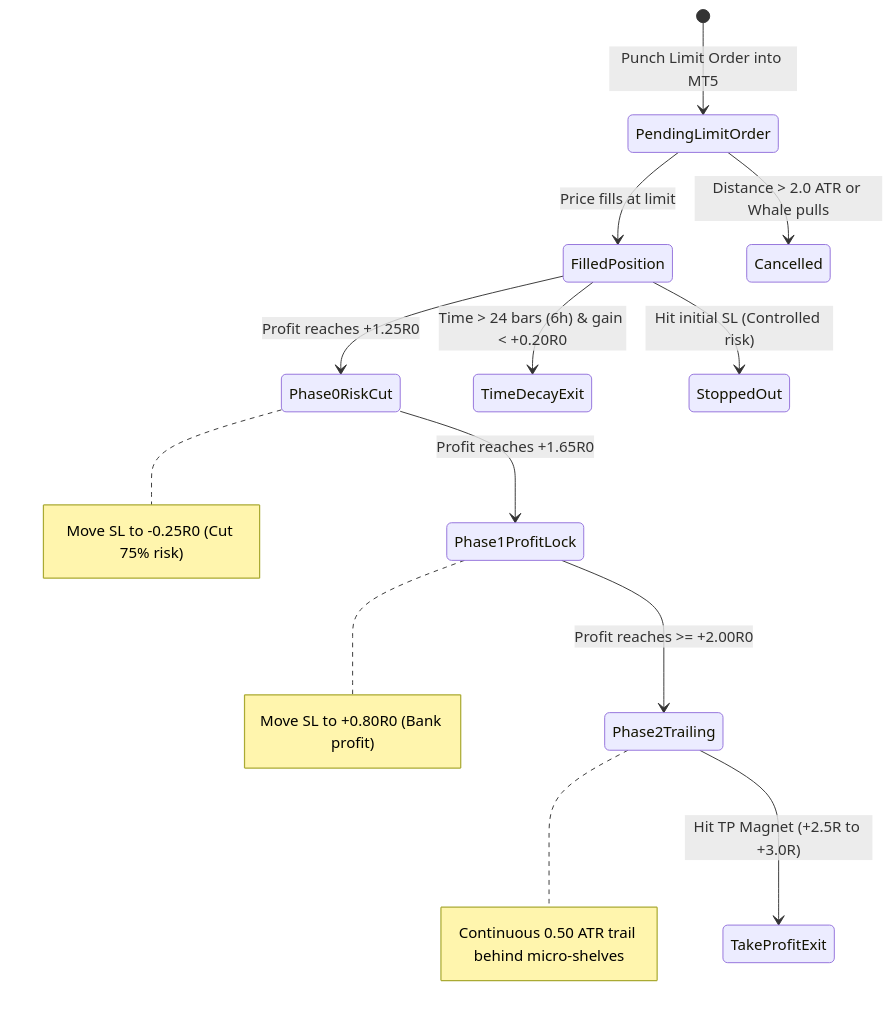
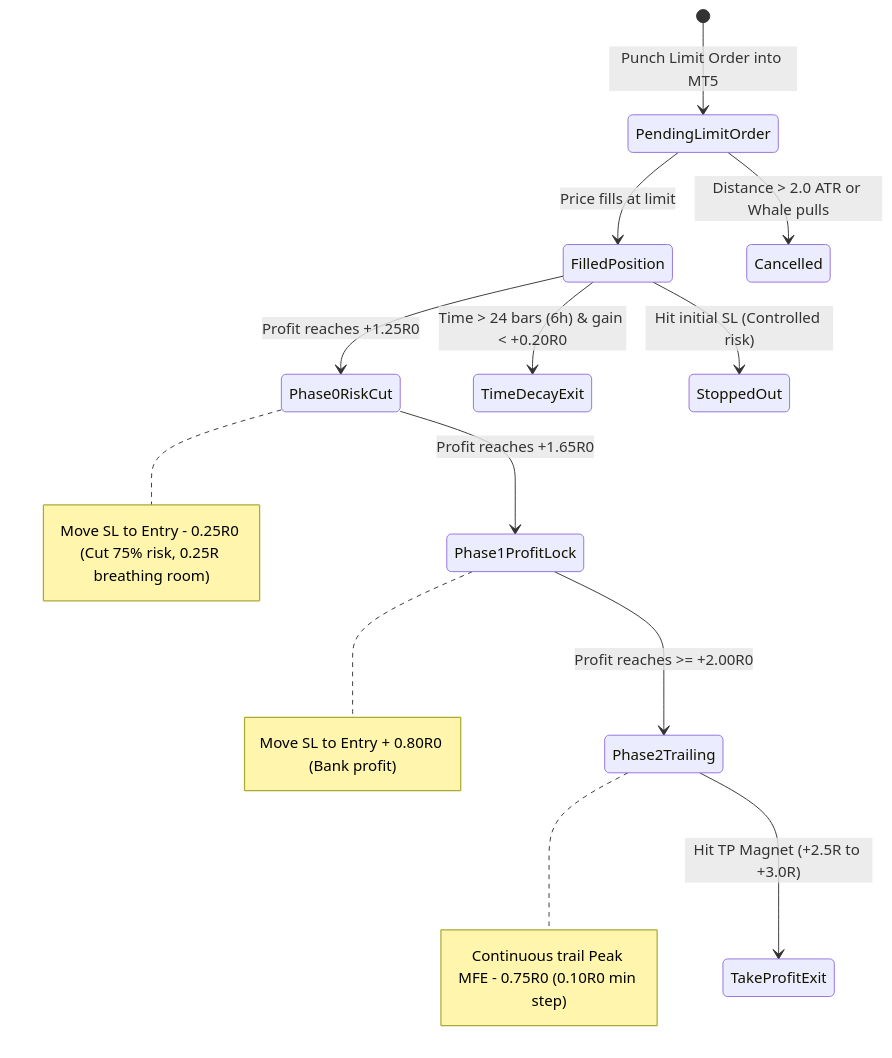
Before and after one commit to kbsingh1399/Trading_2: the third of 4 diagrams in docs/Mandatory_Rules/STANDARDIZED_TRADING_DECISION_CHAIN.md, drawn with Mermaid. The commit also changed other lines of this file and 8 other files, not shown here.

````diff
--- a/docs/Mandatory_Rules/STANDARDIZED_TRADING_DECISION_CHAIN.md
+++ b/docs/Mandatory_Rules/STANDARDIZED_TRADING_DECISION_CHAIN.md
@@ -322,19 +327,19 @@
 ```mermaid
 stateDiagram-v2
     [*] --> PendingLimitOrder: Punch Limit Order into MT5
     PendingLimitOrder --> FilledPosition: Price fills at limit
     PendingLimitOrder --> Cancelled: Distance > 2.0 ATR or Whale pulls
     
     FilledPosition --> Phase0RiskCut: Profit reaches +1.25R0
-    note right of Phase0RiskCut: Move SL to -0.25R0 (Cut 75% risk)
+    note right of Phase0RiskCut: Move SL to Entry - 0.25R0 (Cut 75% risk, 0.25R breathing room)
     
     Phase0RiskCut --> Phase1ProfitLock: Profit reaches +1.65R0
-    note right of Phase1ProfitLock: Move SL to +0.80R0 (Bank profit)
+    note right of Phase1ProfitLock: Move SL to Entry + 0.80R0 (Bank profit)
     
     Phase1ProfitLock --> Phase2Trailing: Profit reaches >= +2.00R0
-    note right of Phase2Trailing: Continuous 0.50 ATR trail behind micro-shelves
+    note right of Phase2Trailing: Continuous trail Peak MFE - 0.75R0 (0.10R0 min step)
     
     Phase2Trailing --> TakeProfitExit: Hit TP Magnet (+2.5R to +3.0R)
     FilledPosition --> TimeDecayExit: Time > 24 bars (6h) & gain < +0.20R0
     FilledPosition --> StoppedOut: Hit initial SL (Controlled risk)
 ```
````
